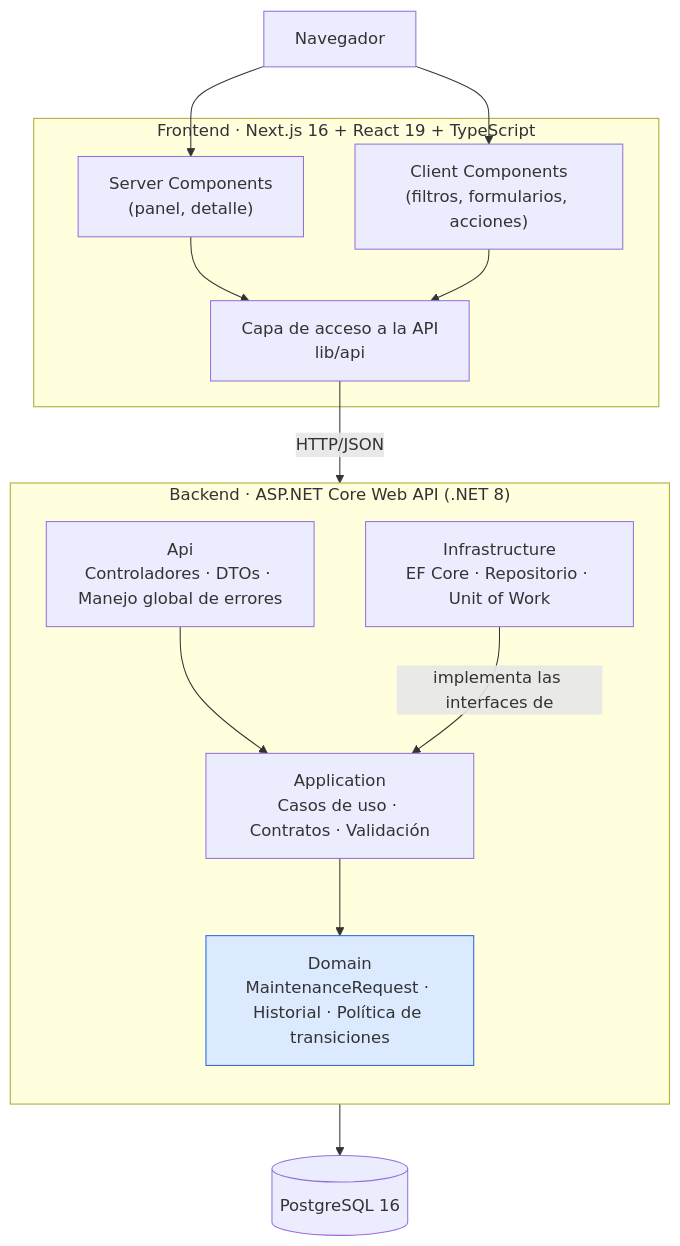
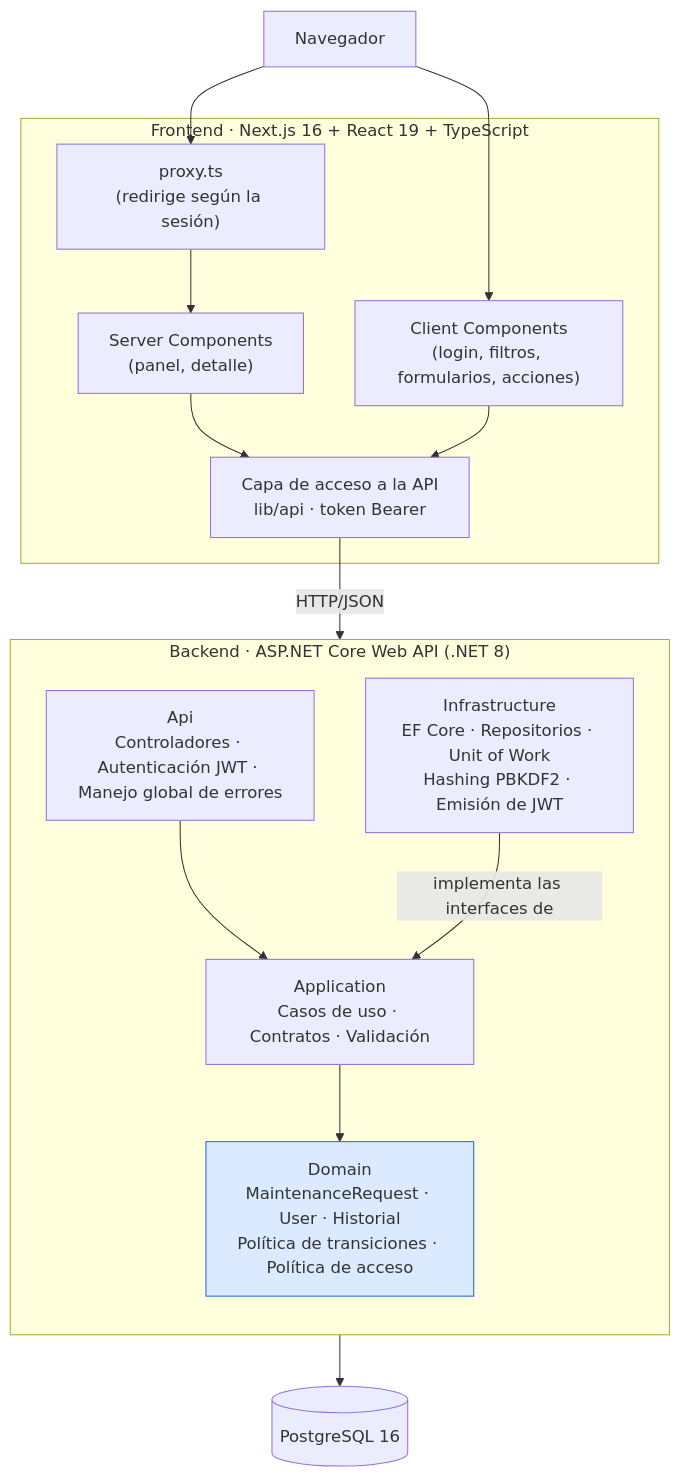
One commit to pepitouchiha/ExpertosSeguridad changed the diagram in README.md. Above: the diagram before and after it, drawn with Mermaid. The commit also changed other lines of this file and 138 other files, not shown here.

````diff
--- a/README.md
+++ b/README.md
@@ -221,33 +378,35 @@
 ```mermaid
 flowchart TB
     Browser["Navegador"]
 
     subgraph Frontend["Frontend · Next.js 16 + React 19 + TypeScript"]
+        Proxy["proxy.ts<br/>(redirige según la sesión)"]
         Pages["Server Components<br/>(panel, detalle)"]
-        Client["Client Components<br/>(filtros, formularios, acciones)"]
-        ApiLayer["Capa de acceso a la API<br/>lib/api"]
+        Client["Client Components<br/>(login, filtros, formularios, acciones)"]
+        ApiLayer["Capa de acceso a la API<br/>lib/api · token Bearer"]
     end
 
     subgraph Backend["Backend · ASP.NET Core Web API (.NET 8)"]
         direction TB
-        ApiL["Api<br/>Controladores · DTOs · Manejo global de errores"]
+        ApiL["Api<br/>Controladores · Autenticación JWT · Manejo global de errores"]
         AppL["Application<br/>Casos de uso · Contratos · Validación"]
-        DomainL["Domain<br/>MaintenanceRequest · Historial · Política de transiciones"]
-        InfraL["Infrastructure<br/>EF Core · Repositorio · Unit of Work"]
+        DomainL["Domain<br/>MaintenanceRequest · User · Historial<br/>Política de transiciones · Política de acceso"]
+        InfraL["Infrastructure<br/>EF Core · Repositorios · Unit of Work<br/>Hashing PBKDF2 · Emisión de JWT"]
     end
 
     Db[("PostgreSQL 16")]
 
-    Browser --> Pages
+    Browser --> Proxy
+    Proxy --> Pages
     Browser --> Client
     Pages --> ApiLayer
     Client --> ApiLayer
     ApiLayer -->|HTTP/JSON| ApiL
 
     ApiL --> AppL
     AppL --> DomainL
     InfraL -->|implementa las interfaces de| AppL
     InfraL --> Db
 
     style DomainL fill:#dbeafe,stroke:#2563eb
 ```
````
